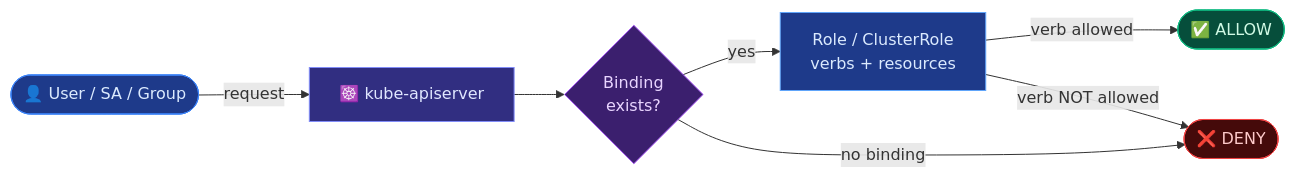
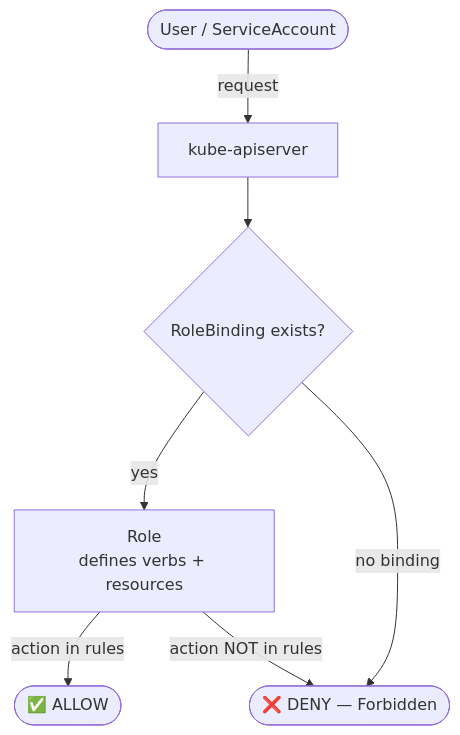
The diagram in content/common/security/rbac/rbac.md (Gautam4424/k8slearn-content), drawn with Mermaid before and after one commit. The commit also changed other lines of this file and 182 other files, not shown here.

````diff
--- a/content/common/security/rbac/rbac.md
+++ b/content/common/security/rbac/rbac.md
@@ -21,22 +19,14 @@
 ```mermaid
-flowchart LR
-    USER(["👤 User / SA / Group"])
-    API["☸️ kube-apiserver"]
-    RB{"Binding\nexists?"}
-    ROLE["Role / ClusterRole\nverbs + resources"]
-    ALLOW(["✅ ALLOW"])
-    DENY(["❌ DENY"])
-
+flowchart TD
+    USER(["User / ServiceAccount"])
+    API["kube-apiserver"]
+    RB{"RoleBinding exists?"}
+    ROLE["Role\ndefines verbs + resources"]
+    ALLOW([" ✅ ALLOW"])
+    DENY([" ❌ DENY — Forbidden"])
     USER -->|request| API --> RB
     RB -->|yes| ROLE
-    ROLE -->|verb allowed| ALLOW
-    ROLE -->|verb NOT allowed| DENY
+    ROLE -->|action in rules| ALLOW
+    ROLE -->|action NOT in rules| DENY
     RB -->|no binding| DENY
-
-    style USER  fill:#1e3a8a,stroke:#3b82f6,color:#dbeafe
-    style API   fill:#312e81,stroke:#818cf8,color:#e0e7ff
-    style RB    fill:#3b1f6e,stroke:#a855f7,color:#e9d5ff
-    style ROLE  fill:#1e3a8a,stroke:#60a5fa,color:#dbeafe
-    style ALLOW fill:#064e3b,stroke:#10b981,color:#d1fae5
-    style DENY  fill:#450a0a,stroke:#ef4444,color:#fecaca
 ```
````
